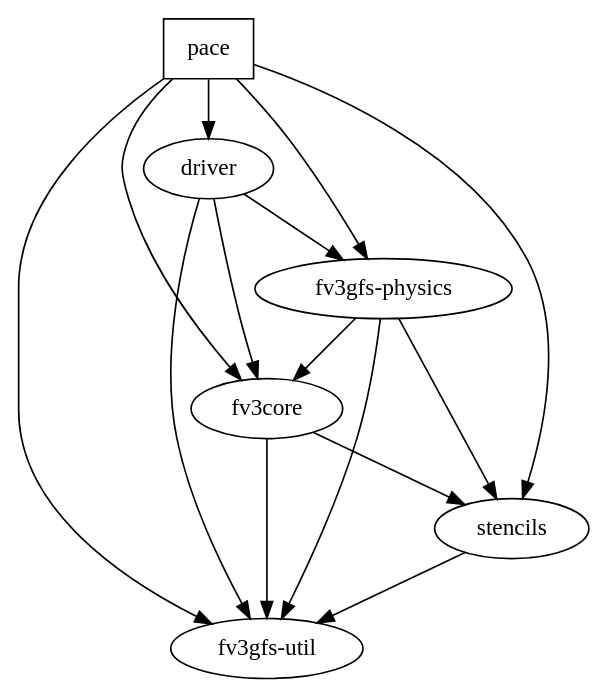
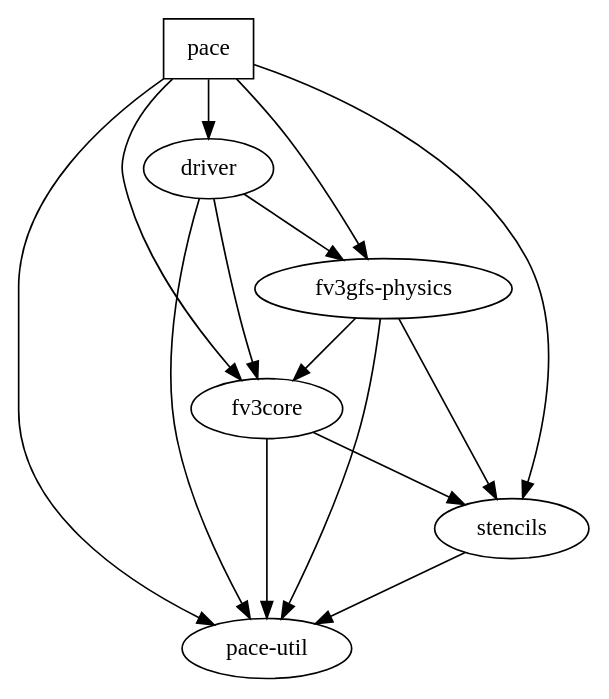
Before and after one commit to ai2cm/pace: the diagram in dependencies.dot, drawn with Graphviz. The commit also changed 123 other files, not shown here.

Commit message:
rename fv3gfs-util to pace-util

```diff
--- a/dependencies.dot
+++ b/dependencies.dot
@@ -1,31 +1,31 @@
 # this dotfile is used as a reference source for project dependencies
 # each folder entry must have a "label" equal to its directory name
 #
 # If you update this file, please re-generate the svg with `make dependencies.svg`
 # and commit it to the repository
 
 digraph {
   pace [shape=box]
   fv3core [shape=oval, label="fv3core"]
   driver [shape=oval, label="driver"]
   physics [shape=oval, label="fv3gfs-physics"]
   stencils [shape=oval, label="stencils"]
-  util [shape=oval, label="fv3gfs-util"]
+  util [shape=oval, label="pace-util"]
 
 
   pace -> fv3core
   pace -> physics
   pace -> util
   pace -> driver
   pace -> stencils
   driver -> fv3core
   driver -> physics
   driver -> util
   fv3core -> util
   fv3core -> stencils
   physics -> util
   physics -> fv3core
   physics -> stencils
   stencils -> util
 
 }
```
